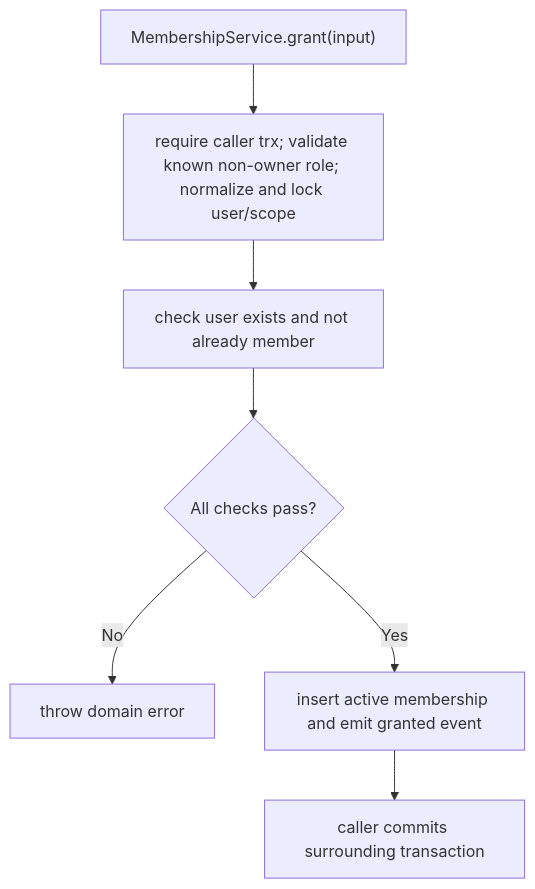
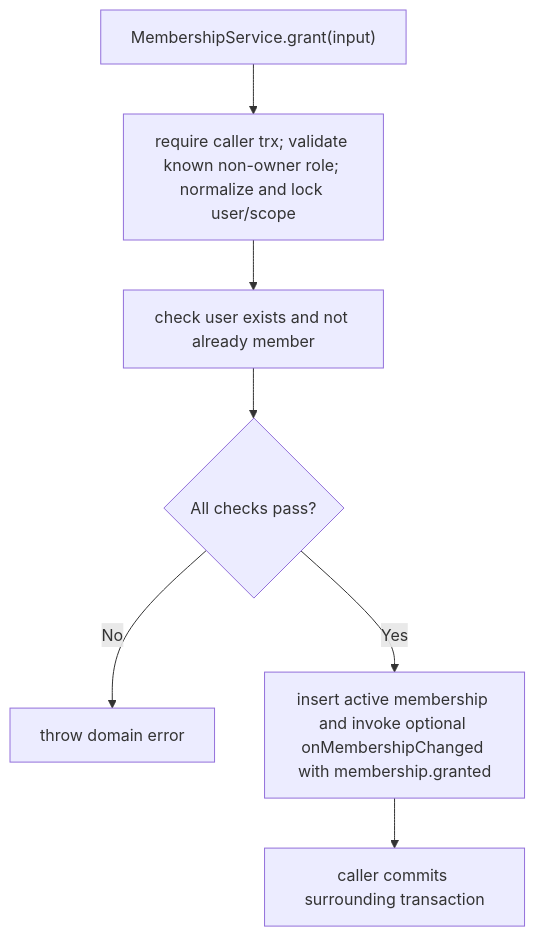
Before and after one commit to Kevinjohn/oss-adonisjs-access-control: the second of 2 diagrams in user-stories/US-ACCESS-18-apply-trusted-membership-changes.md, drawn with Mermaid. The commit also changed 22 other files, not shown here.

````diff
--- a/user-stories/US-ACCESS-18-apply-trusted-membership-changes.md
+++ b/user-stories/US-ACCESS-18-apply-trusted-membership-changes.md
@@ -31,9 +31,9 @@
 ```mermaid
 flowchart TD
     A["MembershipService.grant(input)"] --> B["require caller trx; validate known non-owner role; normalize and lock user/scope"]
     B --> C["check user exists and not already member"]
     C --> D{"All checks pass?"}
     D -->|No| E["throw domain error"]
-    D -->|Yes| F["insert active membership and emit granted event"]
+    D -->|Yes| F["insert active membership and invoke optional onMembershipChanged with membership.granted"]
     F --> G["caller commits surrounding transaction"]
 ```
````
